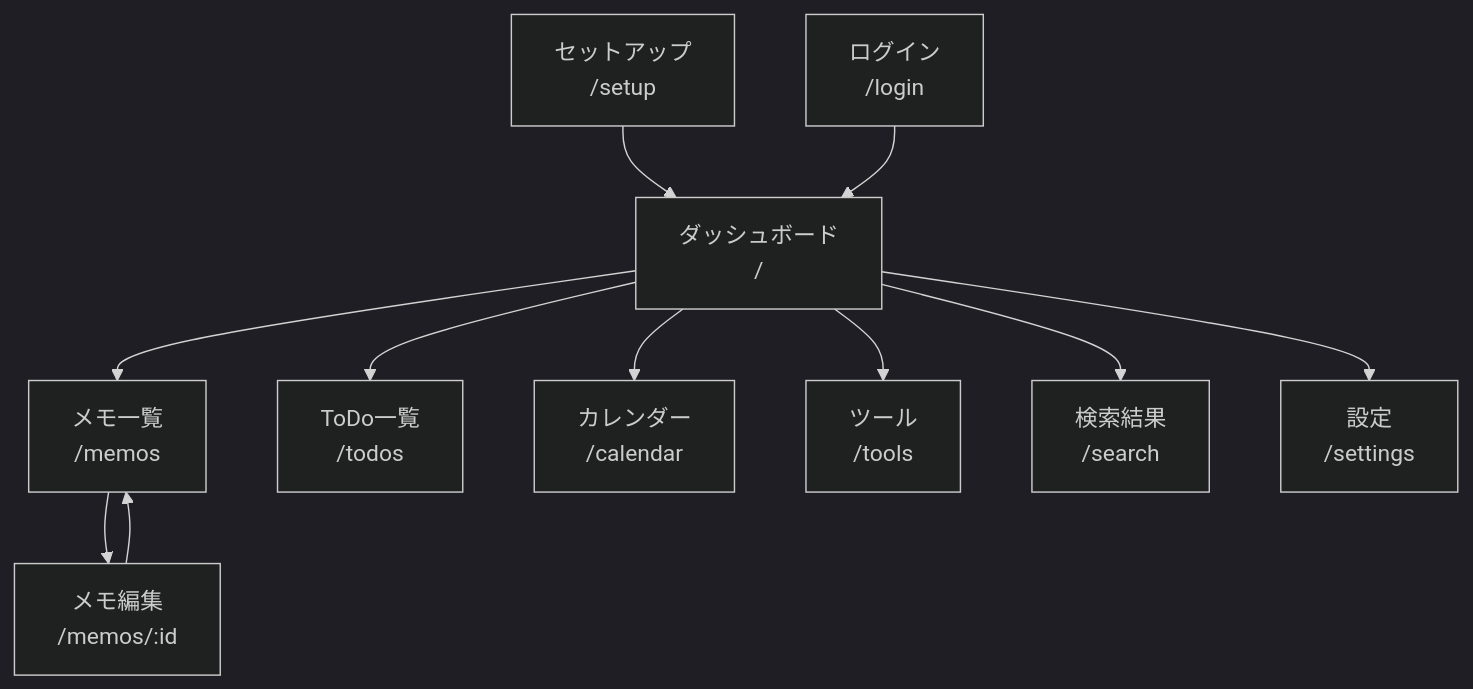
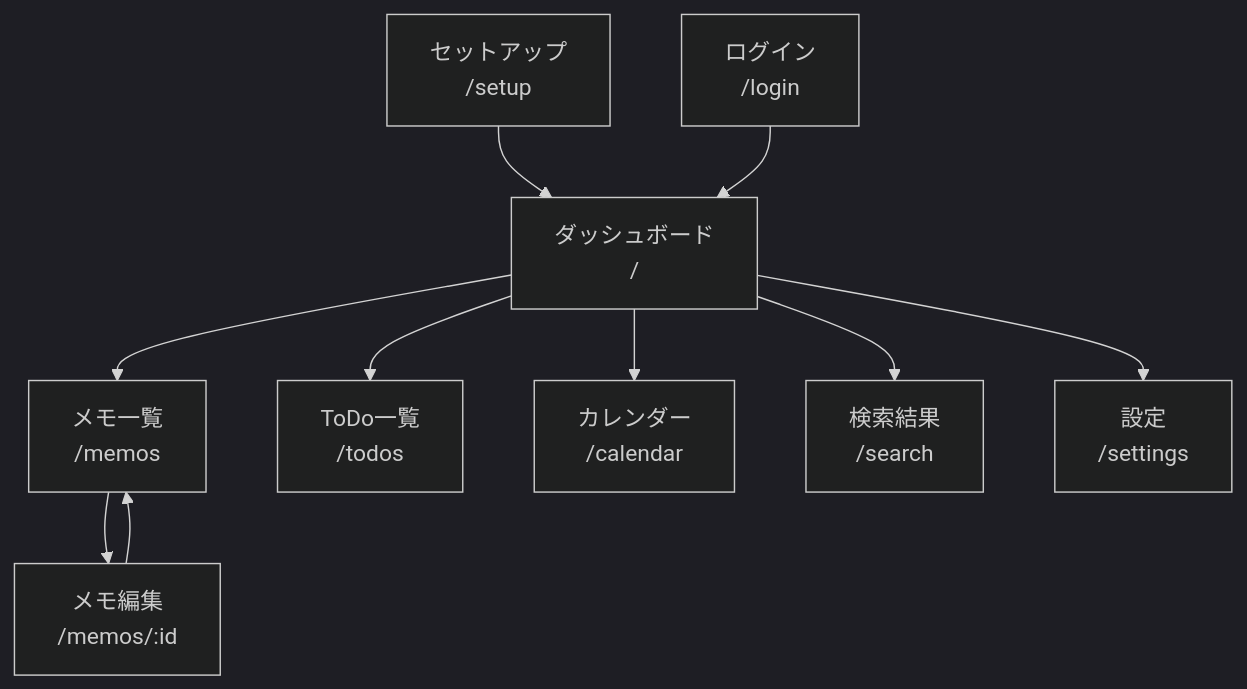
The diagram in docs/03-details/ui.md (krtw00/konbu), drawn with Mermaid (dark theme) before and after one commit. The commit also changed other lines of this file and 14 other files, not shown here.

````diff
--- a/docs/03-details/ui.md
+++ b/docs/03-details/ui.md
@@ -36,13 +35,12 @@
 ```mermaid
 flowchart TB
     S001[セットアップ<br/>/setup] --> S003
     S002[ログイン<br/>/login] --> S003
     S003[ダッシュボード<br/>/] --> S004[メモ一覧<br/>/memos]
     S003 --> S006[ToDo一覧<br/>/todos]
     S003 --> S007[カレンダー<br/>/calendar]
-    S003 --> S008[ツール<br/>/tools]
     S003 --> S009[検索結果<br/>/search]
     S003 --> S010[設定<br/>/settings]
     S004 --> S005[メモ編集<br/>/memos/:id]
     S005 --> S004
 ```
````
